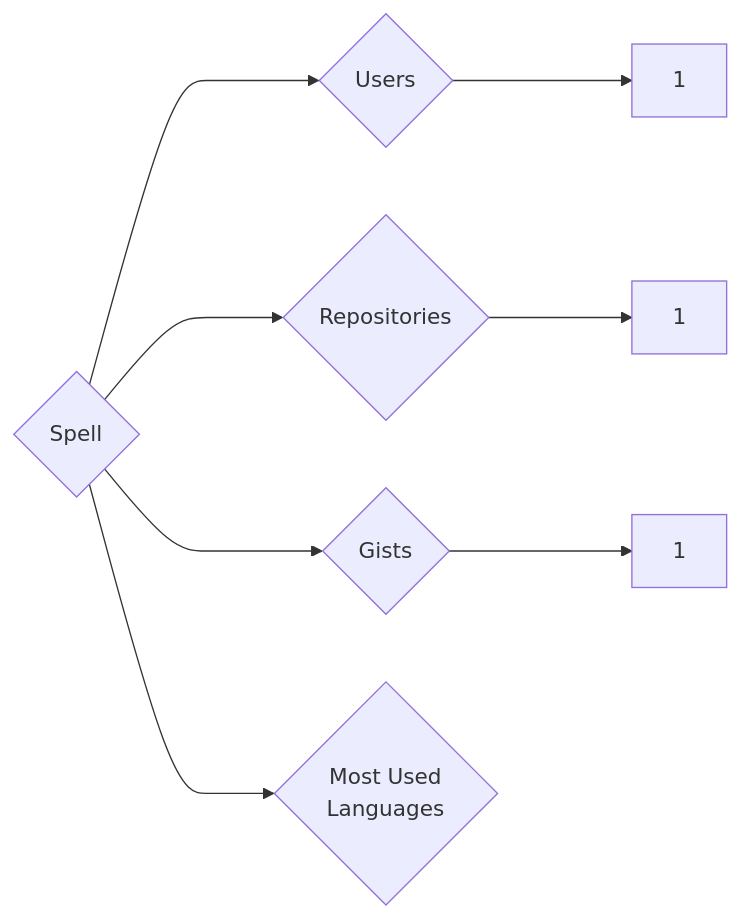
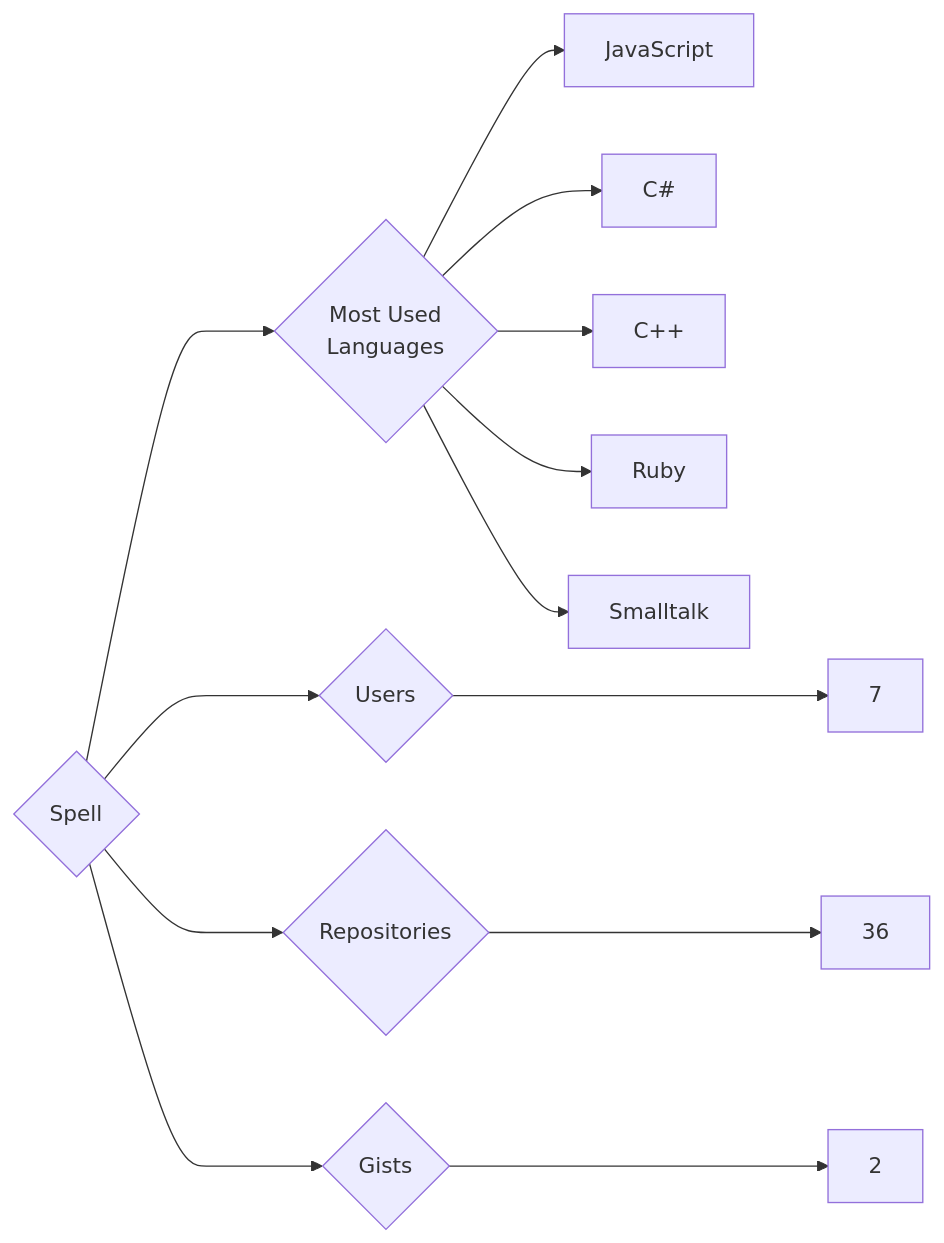
The diagram in targets/Spell/README.md (trickest/insiders), drawn with Mermaid before and after one commit. The commit also changed 835 other files, not shown here.

````diff
--- a/targets/Spell/README.md
+++ b/targets/Spell/README.md
@@ -3,8 +3,13 @@
 ```mermaid
 graph LR
 COMPANY_NAME{Spell}
-COMPANY_NAME ---> U{Users} ---> UN[1]
-COMPANY_NAME ---> R{Repositories} ---> RN[1]
-COMPANY_NAME ---> G{Gists} ---> GN[1]
+COMPANY_NAME ---> U{Users} ---> UN[7]
+COMPANY_NAME ---> R{Repositories} ---> RN[36]
+COMPANY_NAME ---> G{Gists} ---> GN[2]
 COMPANY_NAME ---> ML{Most Used<br>Languages}
+ML --> JavaScript[JavaScript]
+ML --> C#[C#]
+ML --> C++[C++]
+ML --> Ruby[Ruby]
+ML --> Smalltalk[Smalltalk]
 ```
````
